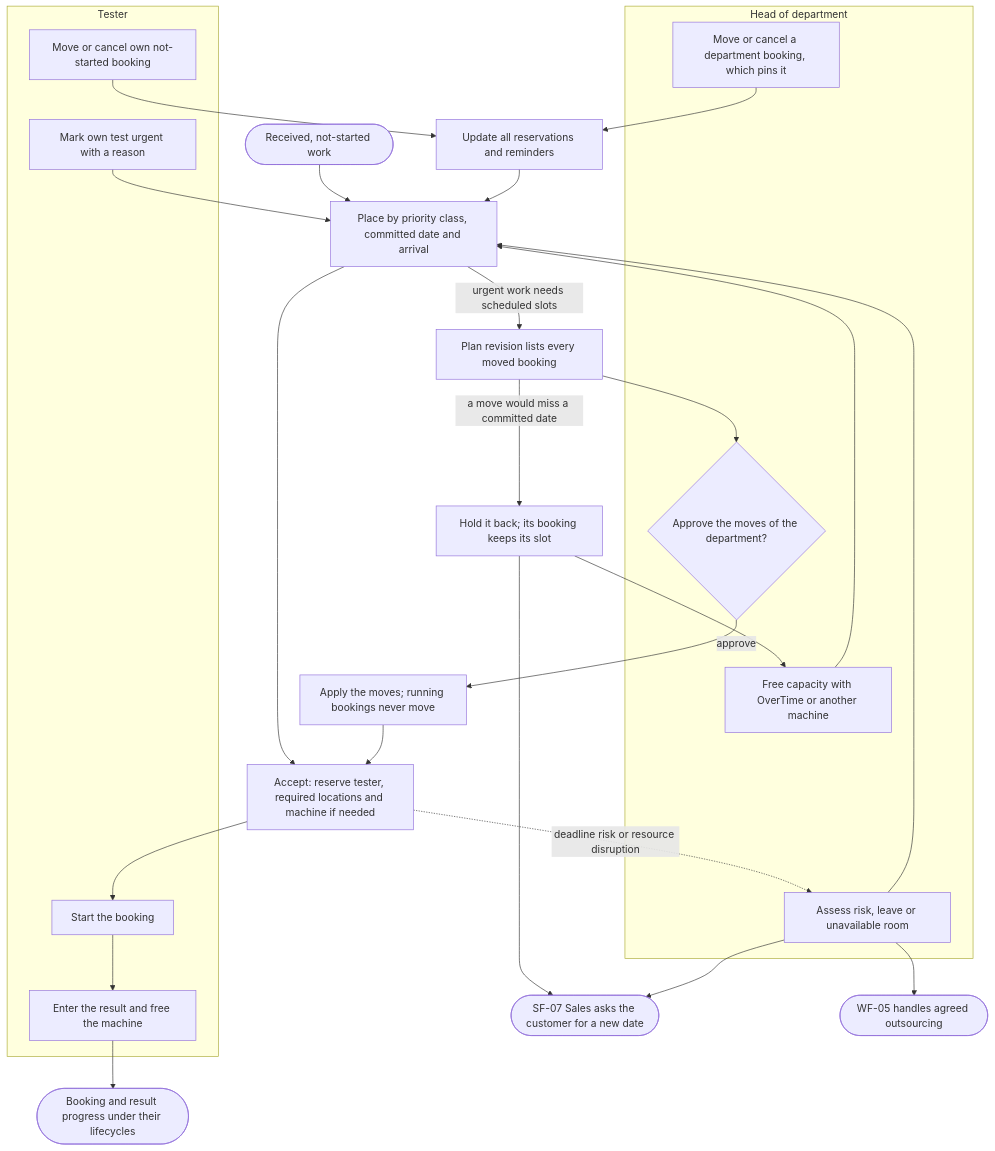
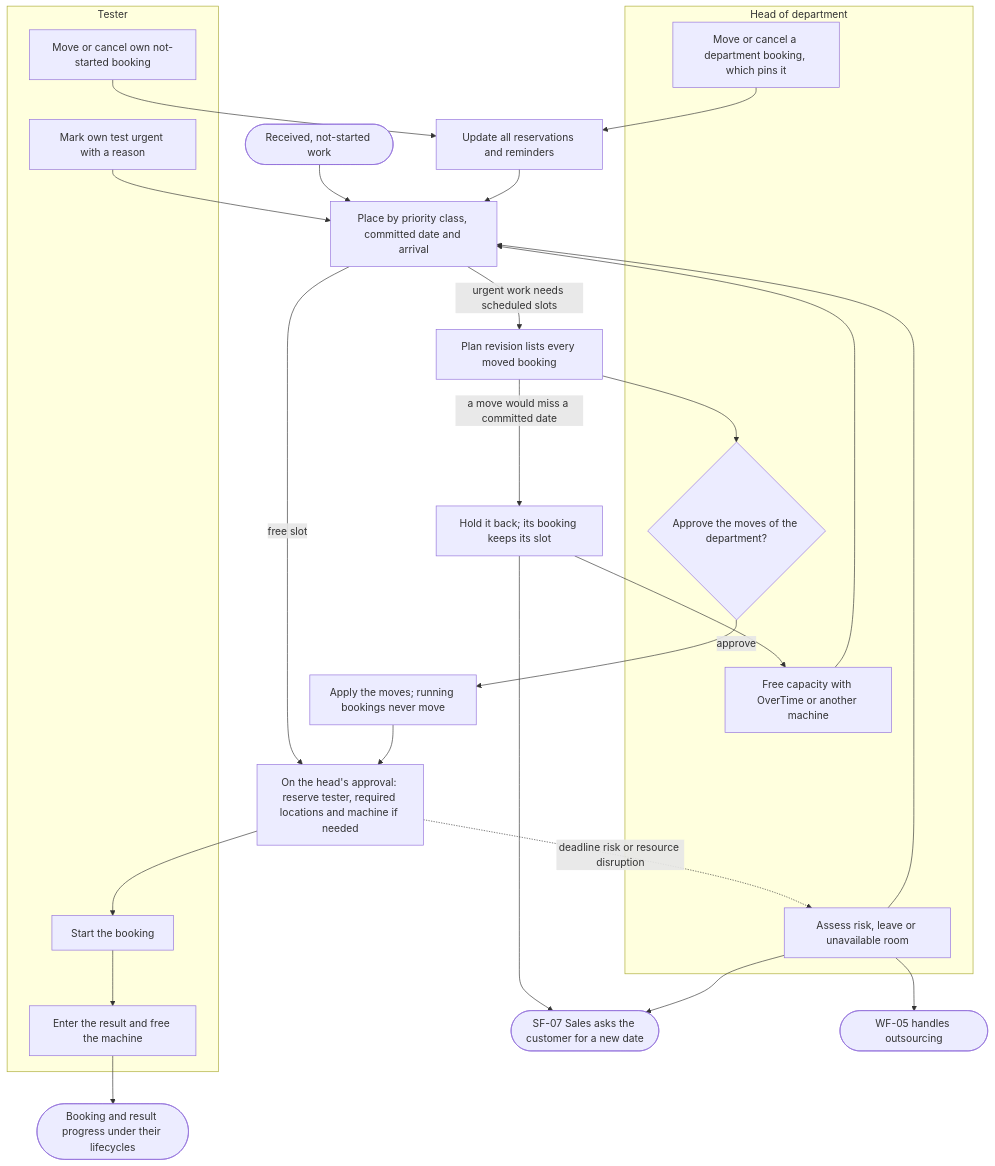
Before and after one commit to SoltuneMontepre/medilab: diagram 16 of 17 in docs/functional/business-flows.md, drawn with Mermaid. The commit also changed other lines of this file and 122 other files, not shown here.

First line of the commit message:
[docs] Align the requirements with the final activity diagrams and BM04 v1.1 (#551)

````diff
--- a/docs/functional/business-flows.md
+++ b/docs/functional/business-flows.md
@@ -692,31 +740,31 @@
 ```mermaid
 flowchart TD
     subgraph lane64 ["Tester"]
         t1[Start the booking] --> t2[Enter the result and free the machine]
         t3[Move or cancel own not-started booking]
         t4[Mark own test urgent with a reason]
     end
     subgraph lane65 ["Head of department"]
         h1[Move or cancel a department booking, which pins it]
         h2{Approve the moves of the department?}
         h4[Assess risk, leave or unavailable room]
         h5[Free capacity with OverTime or another machine]
     end
     q([Received, not-started work]) --> slot[Place by priority class, committed date and arrival]
-    slot --> schedule[Accept: reserve tester, required locations and machine if needed]
+    slot -->|free slot| schedule[On the head's approval: reserve tester, required locations and machine if needed]
     schedule --> t1
     t2 --> done([Booking and result progress under their lifecycles])
     t3 --> sync[Update all reservations and reminders] --> slot
     h1 --> sync
     t4 --> slot
     slot -->|urgent work needs scheduled slots| revision[Plan revision lists every moved booking]
     revision --> h2
     h2 -->|approve| apply[Apply the moves; running bookings never move] --> schedule
     revision -->|a move would miss a committed date| held[Hold it back; its booking keeps its slot]
     held --> date([SF-07 Sales asks the customer for a new date])
     held --> h5 --> slot
     schedule -.->|deadline risk or resource disruption| h4
     h4 --> slot
     h4 --> date
-    h4 --> outsource([WF-05 handles agreed outsourcing])
+    h4 --> outsource([WF-05 handles outsourcing])
 ```
````
